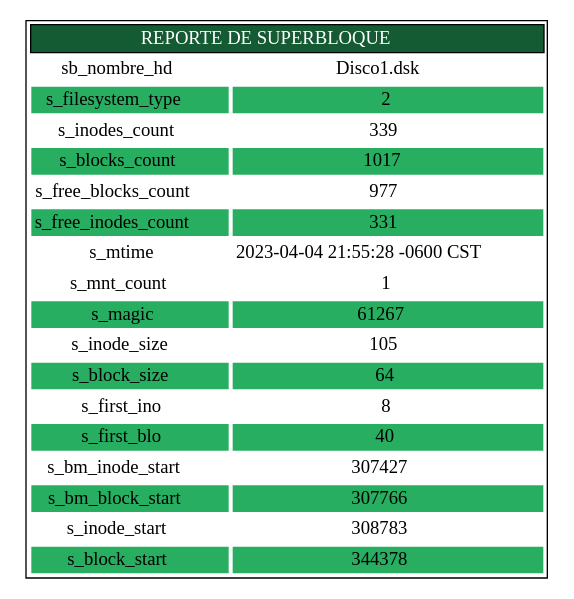
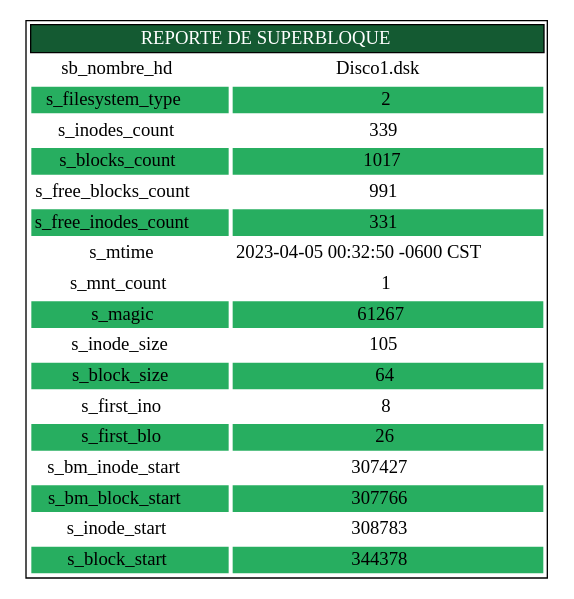
One commit to EstuardoSon/P2_MIA_202003894 changed the diagram in Backend/Reportes/DOTS/reporteSb.dot. Above: the diagram before and after it, drawn with Graphviz. The commit also changed 5 other files, not shown here.

```diff
--- a/Backend/Reportes/DOTS/reporteSb.dot
+++ b/Backend/Reportes/DOTS/reporteSb.dot
@@ -1,23 +1,23 @@
 digraph G {
 node[shape=none]
 start[label=<<table>
 <tr><td colspan="2" bgcolor="#145a32"><font color="white">REPORTE DE SUPERBLOQUE</font></td></tr>
 <tr><td color="white">sb_nombre_hd</td><td color="white">Disco1.dsk</td></tr>
 <tr><td bgcolor="#27ae60" color="white">s_filesystem_type</td><td bgcolor="#27ae60" color="white">2</td></tr>
 <tr><td color="white">s_inodes_count</td><td color="white">339</td></tr>
 <tr><td bgcolor="#27ae60" color="white">s_blocks_count</td><td bgcolor="#27ae60" color="white">1017</td></tr>
-<tr><td color="white">s_free_blocks_count</td><td color="white">977</td></tr>
+<tr><td color="white">s_free_blocks_count</td><td color="white">991</td></tr>
 <tr><td bgcolor="#27ae60" color="white">s_free_inodes_count</td><td bgcolor="#27ae60" color="white">331</td></tr>
-<tr><td color="white">s_mtime</td><td color="white">2023-04-04 21:55:28 -0600 CST</td></tr>
+<tr><td color="white">s_mtime</td><td color="white">2023-04-05 00:32:50 -0600 CST</td></tr>
 <tr><td color="white">s_mnt_count</td><td color="white">1</td></tr>
 <tr><td bgcolor="#27ae60" color="white">s_magic</td><td bgcolor="#27ae60" color="white">61267</td></tr>
 <tr><td color="white">s_inode_size</td><td color="white">105</td></tr>
 <tr><td bgcolor="#27ae60" color="white">s_block_size</td><td bgcolor="#27ae60" color="white">64</td></tr>
 <tr><td color="white">s_first_ino</td><td color="white">8</td></tr>
-<tr><td bgcolor="#27ae60" color="white">s_first_blo</td><td bgcolor="#27ae60" color="white">40</td></tr>
+<tr><td bgcolor="#27ae60" color="white">s_first_blo</td><td bgcolor="#27ae60" color="white">26</td></tr>
 <tr><td color="white">s_bm_inode_start</td><td color="white">307427</td></tr>
 <tr><td bgcolor="#27ae60" color="white">s_bm_block_start</td><td bgcolor="#27ae60" color="white">307766</td></tr>
 <tr><td color="white">s_inode_start</td><td color="white">308783</td></tr>
 <tr><td bgcolor="#27ae60" color="white">s_block_start</td><td bgcolor="#27ae60" color="white">344378</td></tr>
 </table>>];
 }
```
